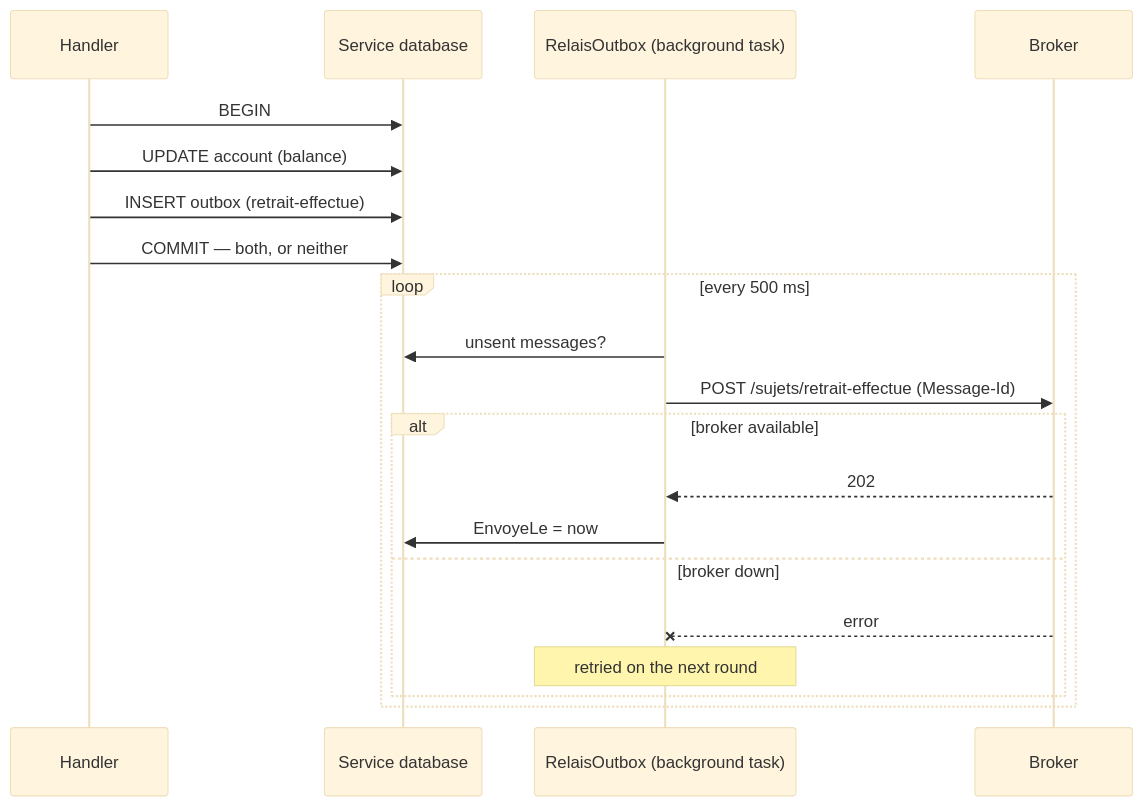
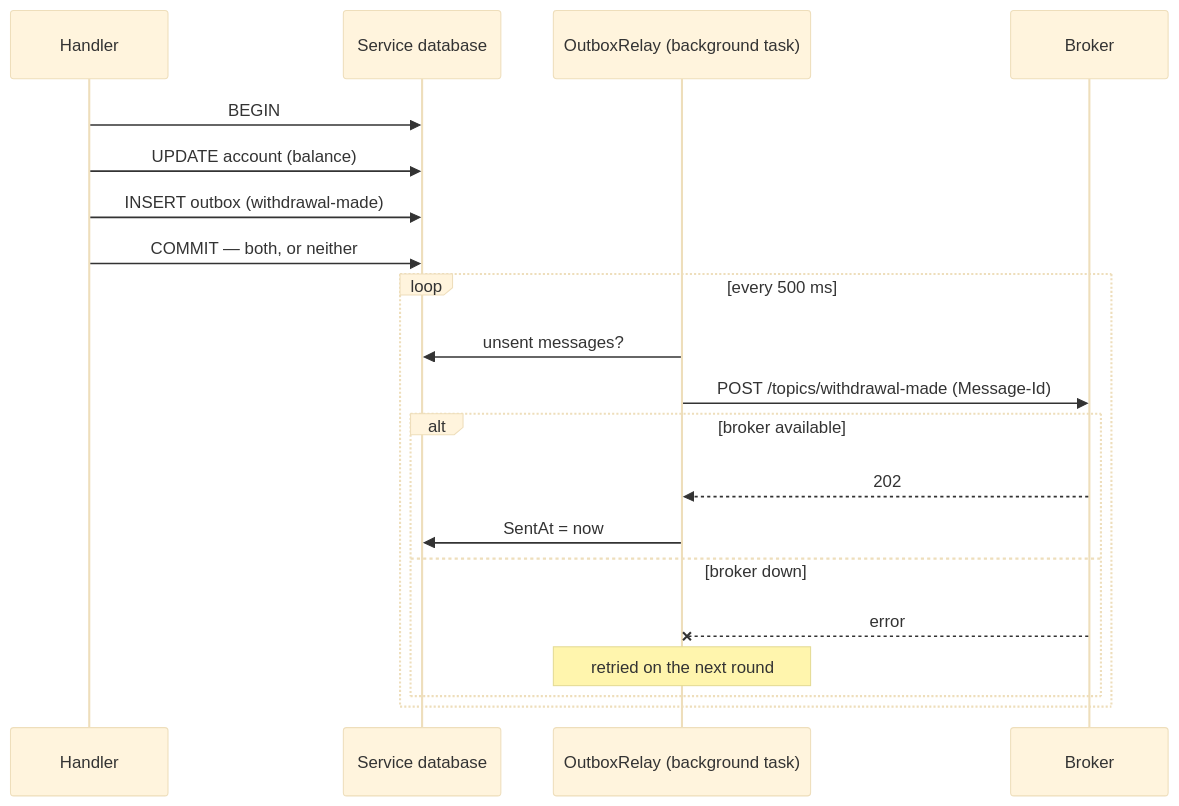
The second of 7 diagrams in Docs/en/concepts-transverses.md (drangoht/ArchitecturesDemo), drawn with Mermaid (base theme) before and after one commit. The commit also changed other lines of this file and 78 other files, not shown here.

First line of the commit message:
Docs EN : identifiants, liens, diagrammes et sorties alignés sur le code anglais

````diff
--- a/Docs/en/concepts-transverses.md
+++ b/Docs/en/concepts-transverses.md
@@ -59,22 +59,22 @@
 ```mermaid
 sequenceDiagram
     participant H as Handler
     participant DB as Service database
-    participant R as RelaisOutbox (background task)
+    participant R as OutboxRelay (background task)
     participant K as Broker
     H->>DB: BEGIN
     H->>DB: UPDATE account (balance)
-    H->>DB: INSERT outbox (retrait-effectue)
+    H->>DB: INSERT outbox (withdrawal-made)
     H->>DB: COMMIT — both, or neither
     loop every 500 ms
         R->>DB: unsent messages?
-        R->>K: POST /sujets/retrait-effectue (Message-Id)
+        R->>K: POST /topics/withdrawal-made (Message-Id)
         alt broker available
             K-->>R: 202
-            R->>DB: EnvoyeLe = now
+            R->>DB: SentAt = now
         else broker down
             K--xR: error
             Note over R: retried on the next round
         end
     end
 ```
````
